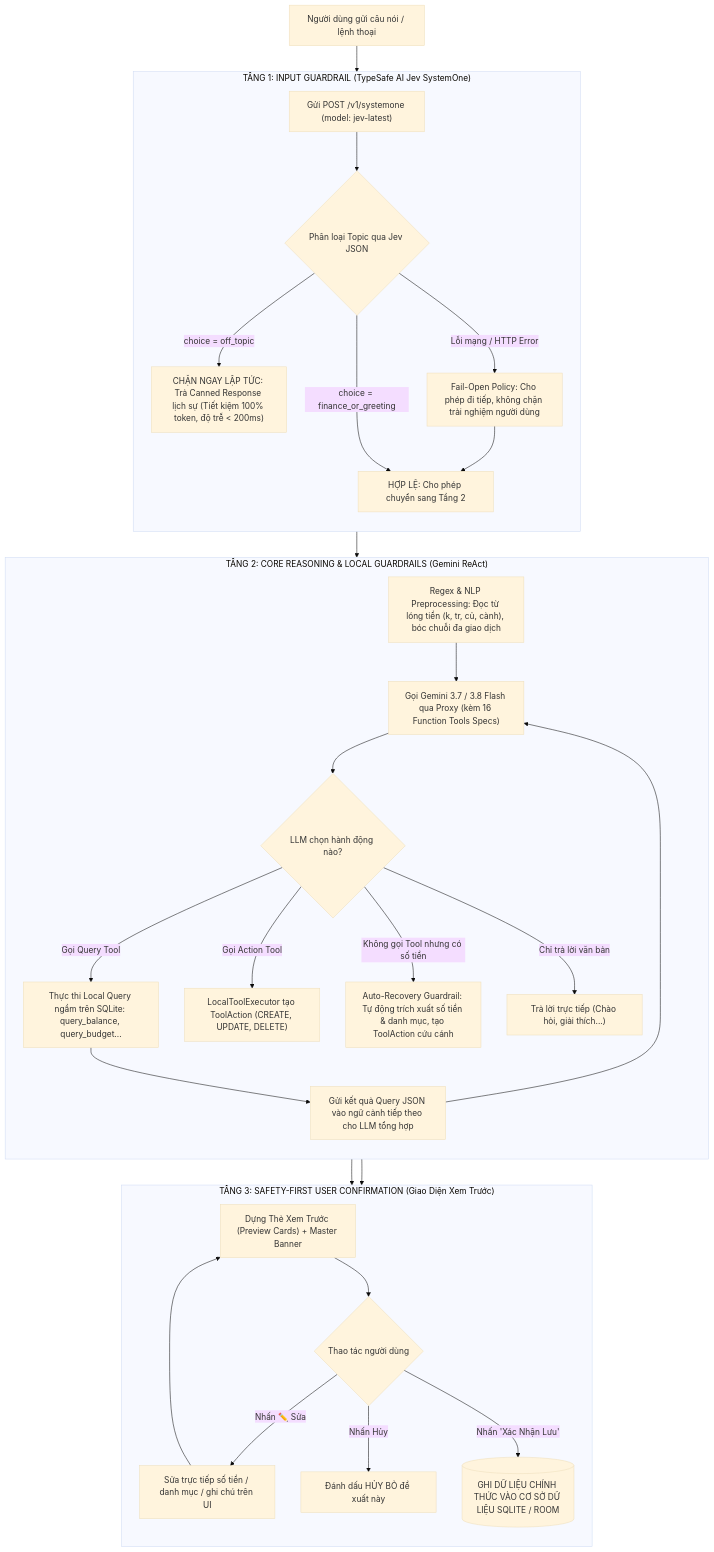
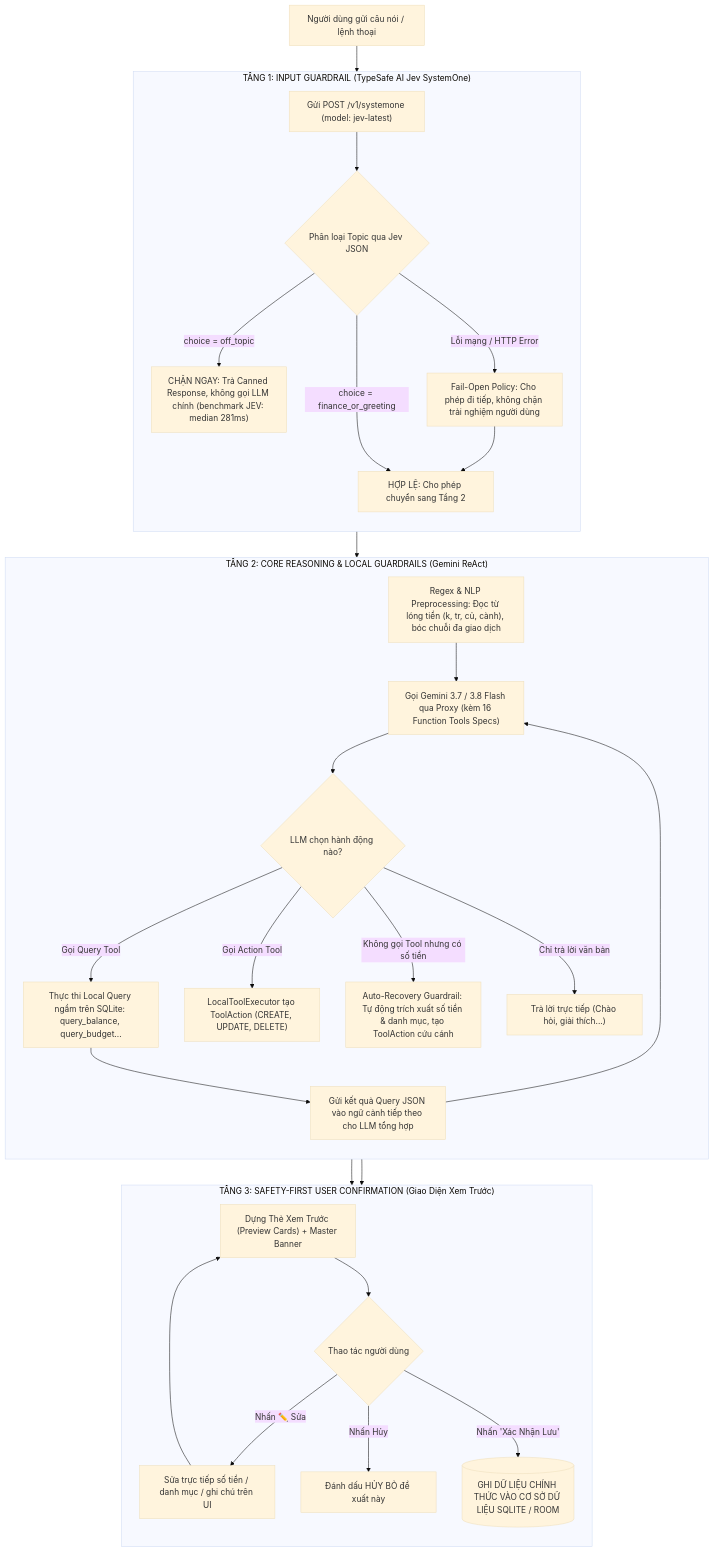
One commit to tuananhdayne/APP-Tai-Chinh-Ca-Nhan changed the tenth of 16 diagrams in docs/baocao.md. Above: the diagram before and after it, drawn with Mermaid (base theme). The commit also changed other lines of this file and 1 other file, not shown here.

````diff
--- a/docs/baocao.md
+++ b/docs/baocao.md
@@ -701,43 +1286,43 @@
 ```mermaid
 flowchart TD
     UserMsg["Người dùng gửi câu nói / lệnh thoại"] --> Tier1
 
     subgraph Tier1["TẦNG 1: INPUT GUARDRAIL (TypeSafe AI Jev SystemOne)"]
         direction TB
         JevCheck["Gửi POST /v1/systemone (model: jev-latest)"]
         JevParse{"Phân loại Topic qua Jev JSON"}
         JevCheck --> JevParse
-        JevParse -->|choice = off_topic| BlockOffTopic["CHẶN NGAY LẬP TỨC: Trả Canned Response lịch sự (Tiết kiệm 100% token, độ trễ < 200ms)"]
+        JevParse -->|choice = off_topic| BlockOffTopic["CHẶN NGAY: Trả Canned Response, không gọi LLM chính (benchmark JEV: median 281ms)"]
         JevParse -->|Lỗi mạng / HTTP Error| FailOpen["Fail-Open Policy: Cho phép đi tiếp, không chặn trải nghiệm người dùng"]
         JevParse -->|choice = finance_or_greeting| PassTier2["HỢP LỆ: Cho phép chuyển sang Tầng 2"]
         FailOpen --> PassTier2
     end
 
     subgraph Tier2["TẦNG 2: CORE REASONING & LOCAL GUARDRAILS (Gemini ReAct)"]
         direction TB
         PassTier2 --> PreProcess["Regex & NLP Preprocessing: Đọc từ lóng tiền (k, tr, củ, cành), bóc chuỗi đa giao dịch"]
         PreProcess --> LLMCall["Gọi Gemini 3.7 / 3.8 Flash qua Proxy (kèm 16 Function Tools Specs)"]
         LLMCall --> LLMDecision{"LLM chọn hành động nào?"}
         
         LLMDecision -->|Gọi Query Tool| ExecQuery["Thực thi Local Query ngầm trên SQLite: query_balance, query_budget..."]
         ExecQuery --> ReturnTool["Gửi kết quả Query JSON vào ngữ cảnh tiếp theo cho LLM tổng hợp"]
         ReturnTool --> LLMCall
 
         LLMDecision -->|Gọi Action Tool| ExecAction["LocalToolExecutor tạo ToolAction (CREATE, UPDATE, DELETE)"]
         
         LLMDecision -->|Không gọi Tool nhưng có số tiền| AutoRecovery["Auto-Recovery Guardrail: Tự động trích xuất số tiền & danh mục, tạo ToolAction cứu cánh"]
 
         LLMDecision -->|Chỉ trả lời văn bản| TextReply["Trả lời trực tiếp (Chào hỏi, giải thích...)"]
     end
 
     subgraph Tier3["TẦNG 3: SAFETY-FIRST USER CONFIRMATION (Giao Diện Xem Trước)"]
         direction TB
         ExecAction --> PreviewCard["Dựng Thẻ Xem Trước (Preview Cards) + Master Banner"]
         AutoRecovery --> PreviewCard
         PreviewCard --> UserActions{"Thao tác người dùng"}
         UserActions -->|Nhấn ✏️ Sửa| InlineEdit["Sửa trực tiếp số tiền / danh mục / ghi chú trên UI"]
         InlineEdit --> PreviewCard
         UserActions -->|Nhấn Hủy| CancelAction["Đánh dấu HỦY BỎ đề xuất này"]
         UserActions -->|Nhấn 'Xác Nhận Lưu'| SaveDB[("GHI DỮ LIỆU CHÍNH THỨC VÀO CƠ SỞ DỮ LIỆU SQLITE / ROOM")]
     end
 ```
````
